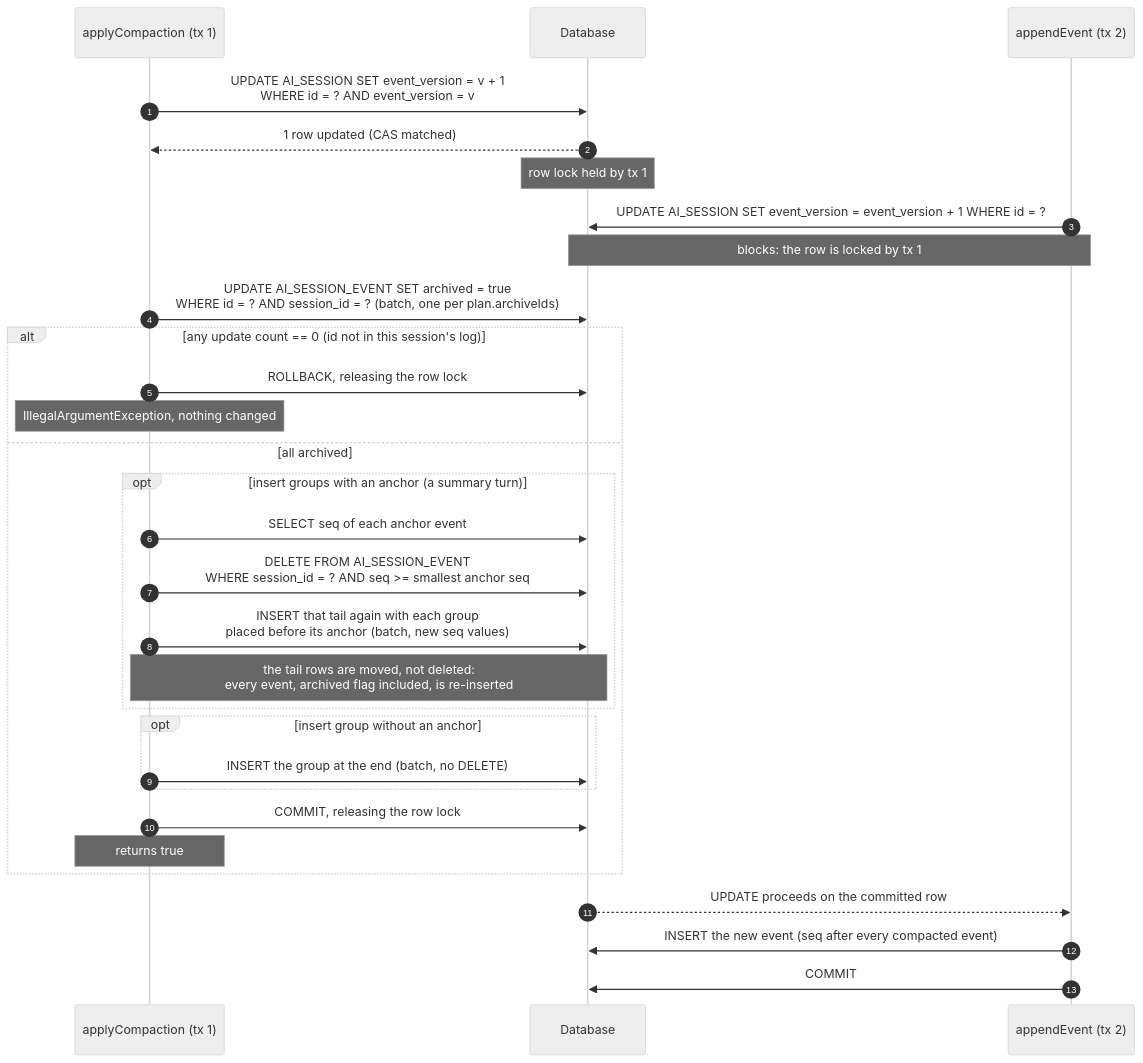
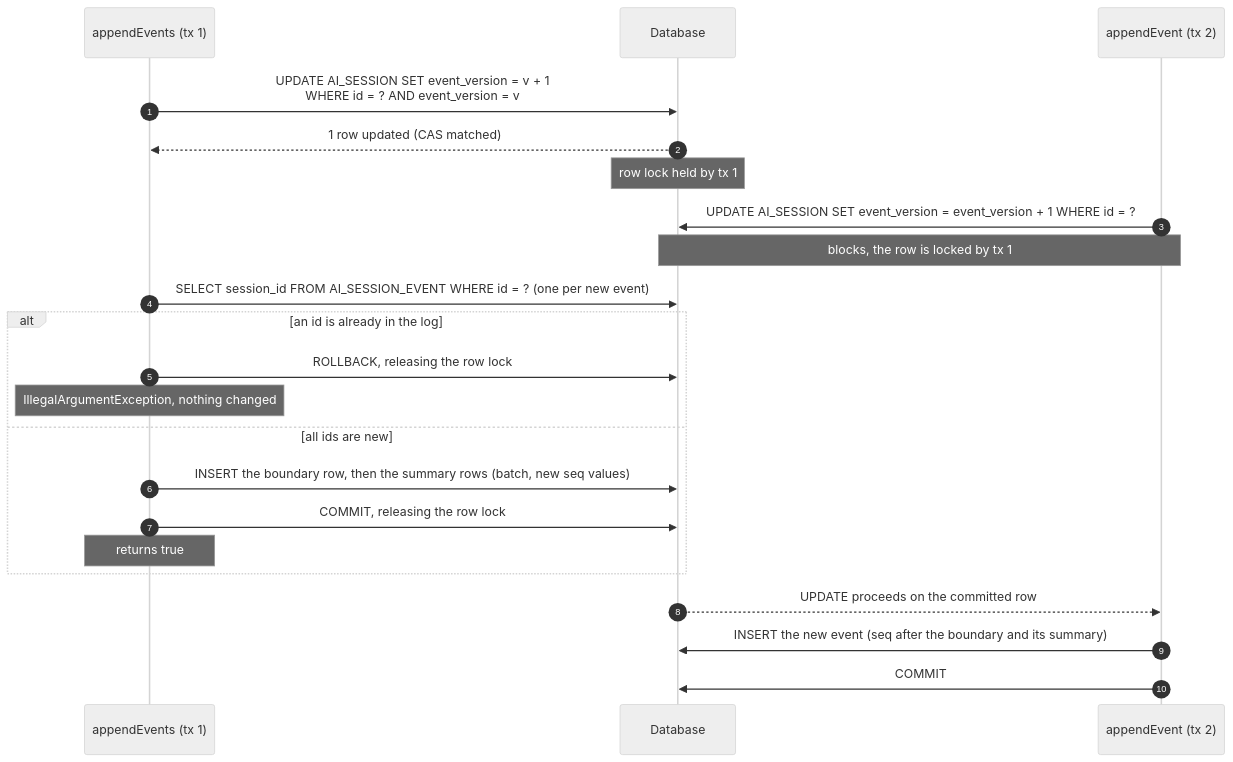
Before and after one commit to spring-ai-community/spring-ai-session: the ninth of 9 diagrams in docs/session-management/compaction-internals.md, drawn with Mermaid (neutral theme). The commit also changed other lines of this file and 53 other files, not shown here.

First line of the commit message:
Record compaction as an appended boundary and project the active view

````diff
--- a/docs/session-management/compaction-internals.md
+++ b/docs/session-management/compaction-internals.md
@@ -475,33 +495,25 @@
 ```mermaid
 sequenceDiagram
     autonumber
-    participant C as applyCompaction (tx 1)
+    participant C as appendEvents (tx 1)
     participant DB as Database
     participant A as appendEvent (tx 2)
 
     C->>DB: UPDATE AI_SESSION SET event_version = v + 1<br/>WHERE id = ? AND event_version = v
     DB-->>C: 1 row updated (CAS matched)
     Note over DB: row lock held by tx 1
     A->>DB: UPDATE AI_SESSION SET event_version = event_version + 1 WHERE id = ?
-    Note over A,DB: blocks: the row is locked by tx 1
-    C->>DB: UPDATE AI_SESSION_EVENT SET archived = true<br/>WHERE id = ? AND session_id = ? (batch, one per plan.archiveIds)
-    alt any update count == 0 (id not in this session's log)
+    Note over A,DB: blocks, the row is locked by tx 1
+    C->>DB: SELECT session_id FROM AI_SESSION_EVENT WHERE id = ? (one per new event)
+    alt an id is already in the log
         C->>DB: ROLLBACK, releasing the row lock
         Note over C: IllegalArgumentException, nothing changed
-    else all archived
-        opt insert groups with an anchor (a summary turn)
-            C->>DB: SELECT seq of each anchor event
-            C->>DB: DELETE FROM AI_SESSION_EVENT<br/>WHERE session_id = ? AND seq >= smallest anchor seq
-            C->>DB: INSERT that tail again with each group<br/>placed before its anchor (batch, new seq values)
-            Note over C,DB: the tail rows are moved, not deleted:<br/>every event, archived flag included, is re-inserted
-        end
-        opt insert group without an anchor
-            C->>DB: INSERT the group at the end (batch, no DELETE)
-        end
+    else all ids are new
+        C->>DB: INSERT the boundary row, then the summary rows (batch, new seq values)
         C->>DB: COMMIT, releasing the row lock
         Note over C: returns true
     end
     DB-->>A: UPDATE proceeds on the committed row
-    A->>DB: INSERT the new event (seq after every compacted event)
+    A->>DB: INSERT the new event (seq after the boundary and its summary)
     A->>DB: COMMIT
 ```
````
